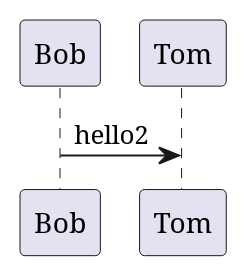
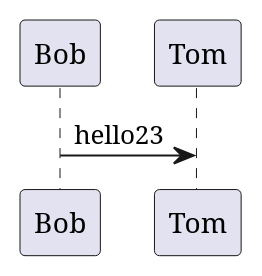
One commit to dkliem/alles-gute-tom changed the diagram in graph.puml. Above: the diagram before and after it, drawn with PlantUML.

```diff
--- a/graph.puml
+++ b/graph.puml
@@ -2,3 +2,3 @@
 @startuml
-Bob -> Tom : hello2
+Bob -> Tom : hello23
 @enduml
```
